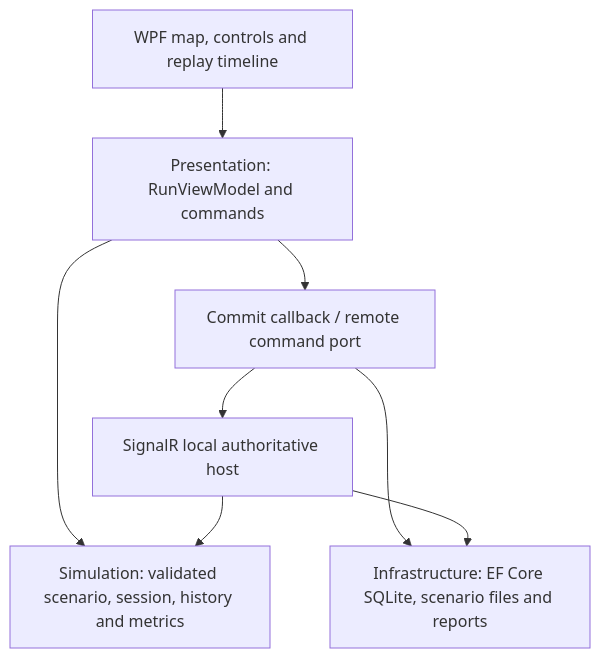
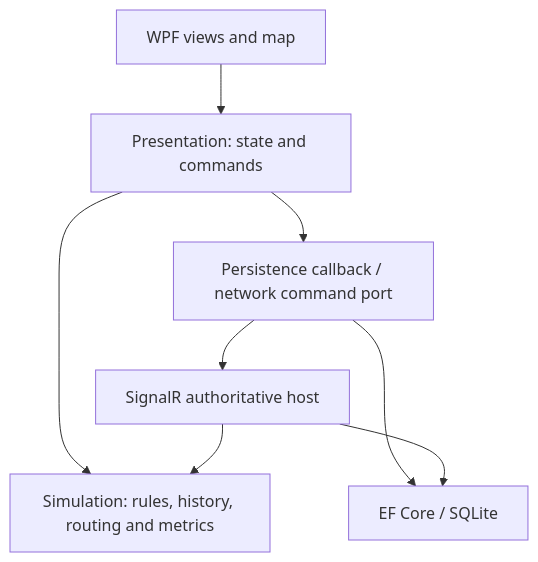
The diagram in docs/architecture.md (DevMursLab/aegis-sim-desktop), drawn with Mermaid before and after one commit. The commit also changed other lines of this file and 5 other files, not shown here.

````diff
--- a/docs/architecture.md
+++ b/docs/architecture.md
@@ -3,10 +5,10 @@
 ```mermaid
 flowchart TD
-    W[WPF map, controls and replay timeline] --> P[Presentation: RunViewModel and commands]
-    P --> D[Simulation: validated scenario, session, history and metrics]
-    P --> Port[Commit callback / remote command port]
-    Port --> DB[Infrastructure: EF Core SQLite, scenario files and reports]
-    Port --> H[SignalR local authoritative host]
+    W[WPF views and map] --> P[Presentation: state and commands]
+    P --> D[Simulation: rules, history, routing and metrics]
+    P --> PORT[Persistence callback / network command port]
+    PORT --> DB[EF Core / SQLite]
+    PORT --> H[SignalR authoritative host]
     H --> D
     H --> DB
 ```
````
